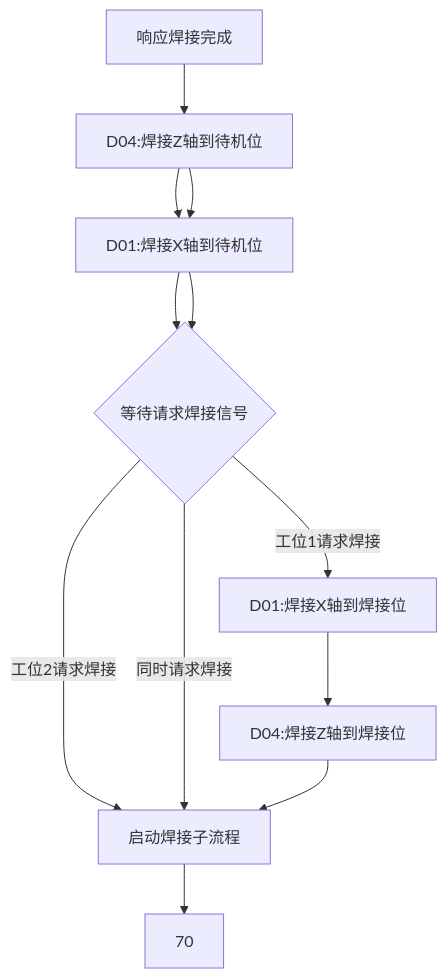
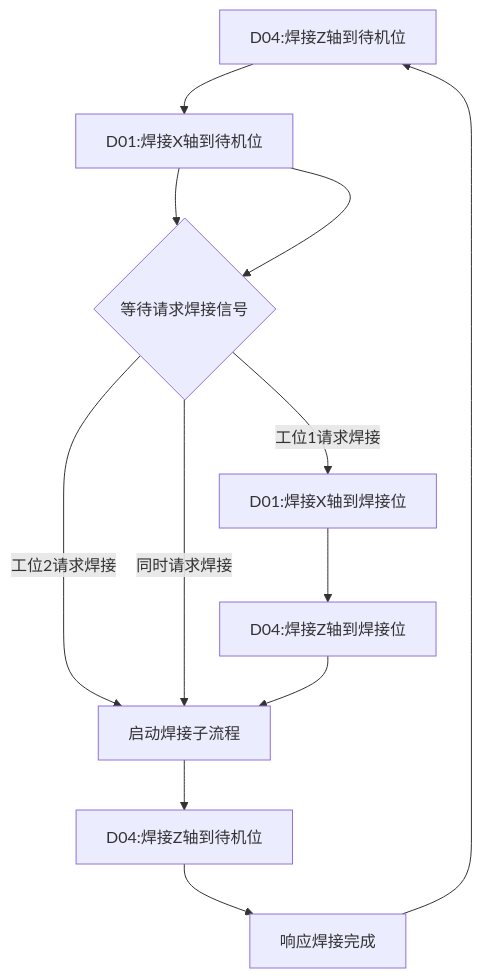
Before and after one commit to PengKun1/iodraw-files: the diagram in all/OP10焊接工位自动流程.md, drawn with Mermaid.

Commit message:
2024-08-06 16:57:56 update

````diff
--- a/all/OP10焊接工位自动流程.md
+++ b/all/OP10焊接工位自动流程.md
@@ -1,14 +1,14 @@
 ```mermaid
 graph TD
 10[D04:焊接Z轴到待机位]-->20
 20[D01:焊接X轴到待机位]-->30
 30{等待请求焊接信号}-->|工位1请求焊接|40
 30-->|工位2请求焊接|60
 30-->|同时请求焊接|60
 40[D01:焊接X轴到焊接位]-->50
 50[D04:焊接Z轴到焊接位]-->60
 60[启动焊接子流程]-->70
-10[D04:焊接Z轴到待机位]-->20
+70[D04:焊接Z轴到待机位]-->80
 20[D01:焊接X轴到待机位]-->30
 80[响应焊接完成]-->10
 ```
````
